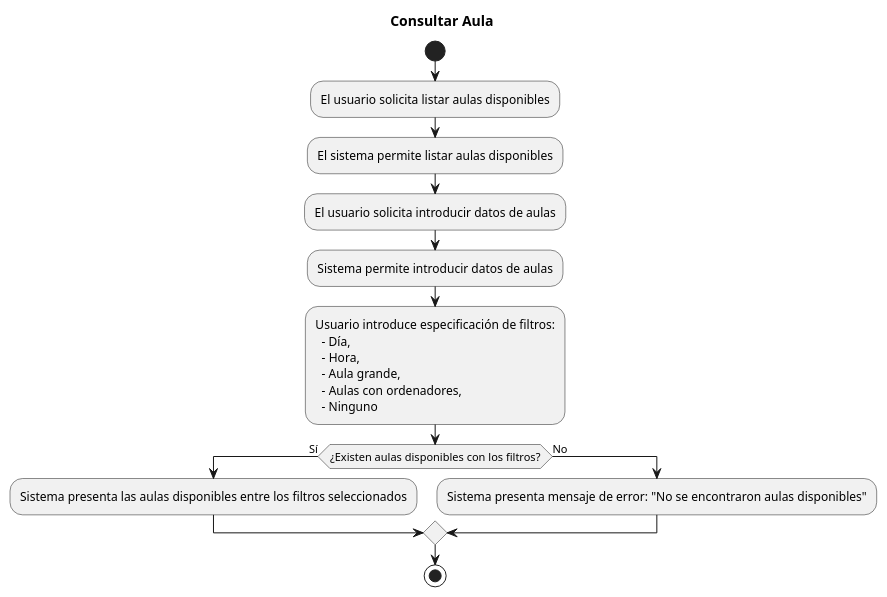
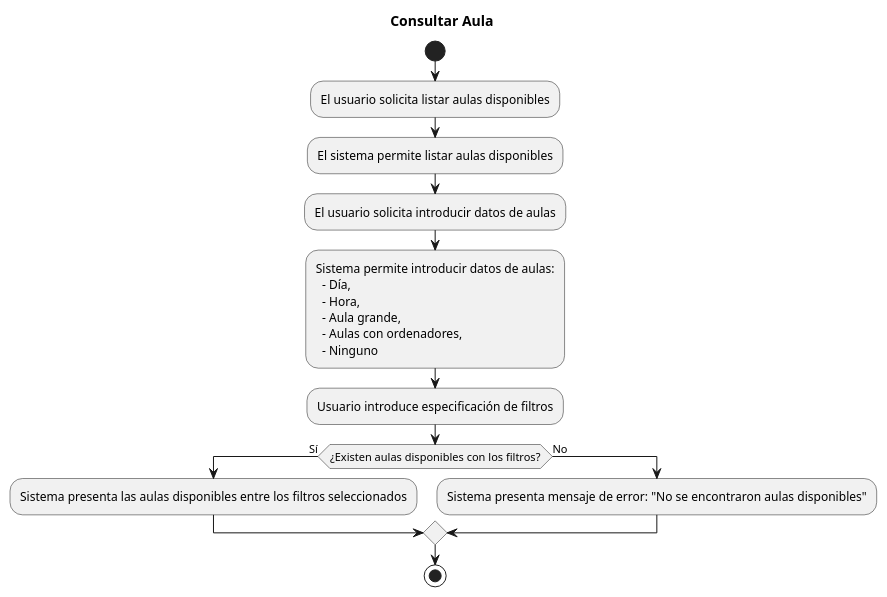
The diagram in casosDeUso/plantUML/Aula/ConsultarAula.puml (mmasias/24-25-IdSw1-SDR), drawn with PlantUML before and after one commit.

```diff
--- a/casosDeUso/plantUML/Aula/ConsultarAula.puml
+++ b/casosDeUso/plantUML/Aula/ConsultarAula.puml
@@ -1,20 +1,20 @@
 @startuml
 title Consultar Aula
 start
 :El usuario solicita listar aulas disponibles;
 :El sistema permite listar aulas disponibles;
 :El usuario solicita introducir datos de aulas;
-:Sistema permite introducir datos de aulas;
-:Usuario introduce especificación de filtros:
+:Sistema permite introducir datos de aulas:
   - Día,
   - Hora,
   - Aula grande,
   - Aulas con ordenadores,
   - Ninguno;
+:Usuario introduce especificación de filtros;
 if (¿Existen aulas disponibles con los filtros?) then (Sí)
   :Sistema presenta las aulas disponibles entre los filtros seleccionados;
 else (No)
   :Sistema presenta mensaje de error: "No se encontraron aulas disponibles";
 endif
 stop
 @enduml
```
